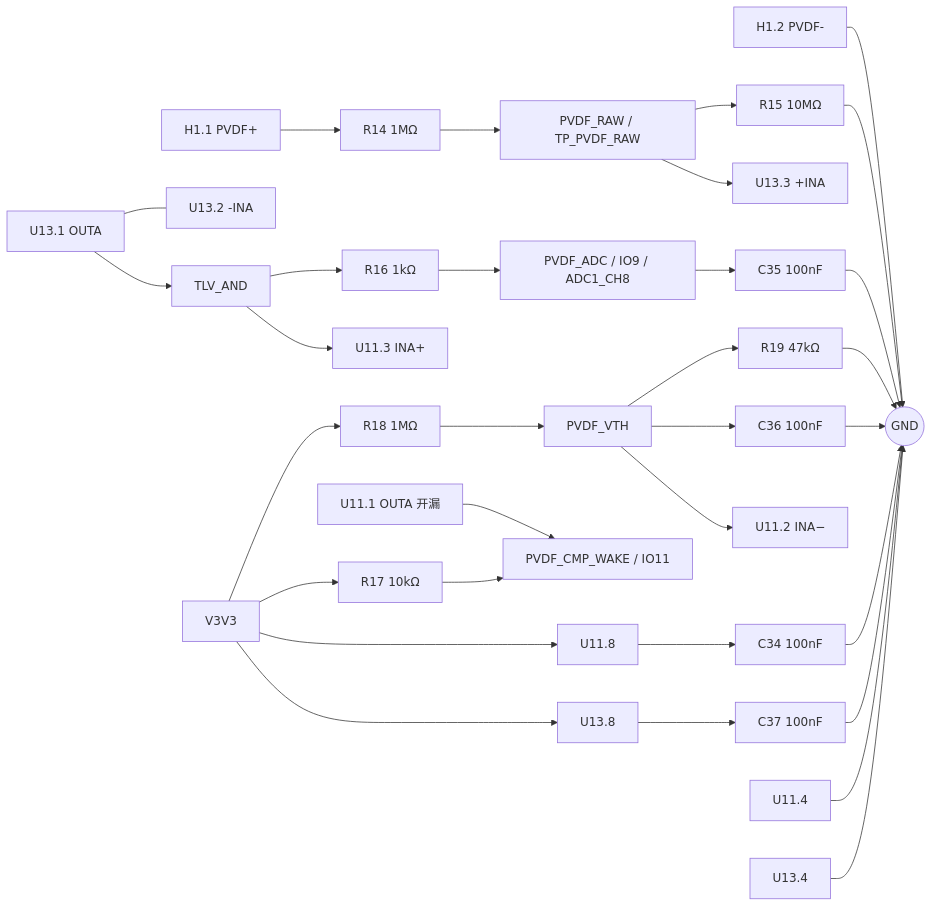
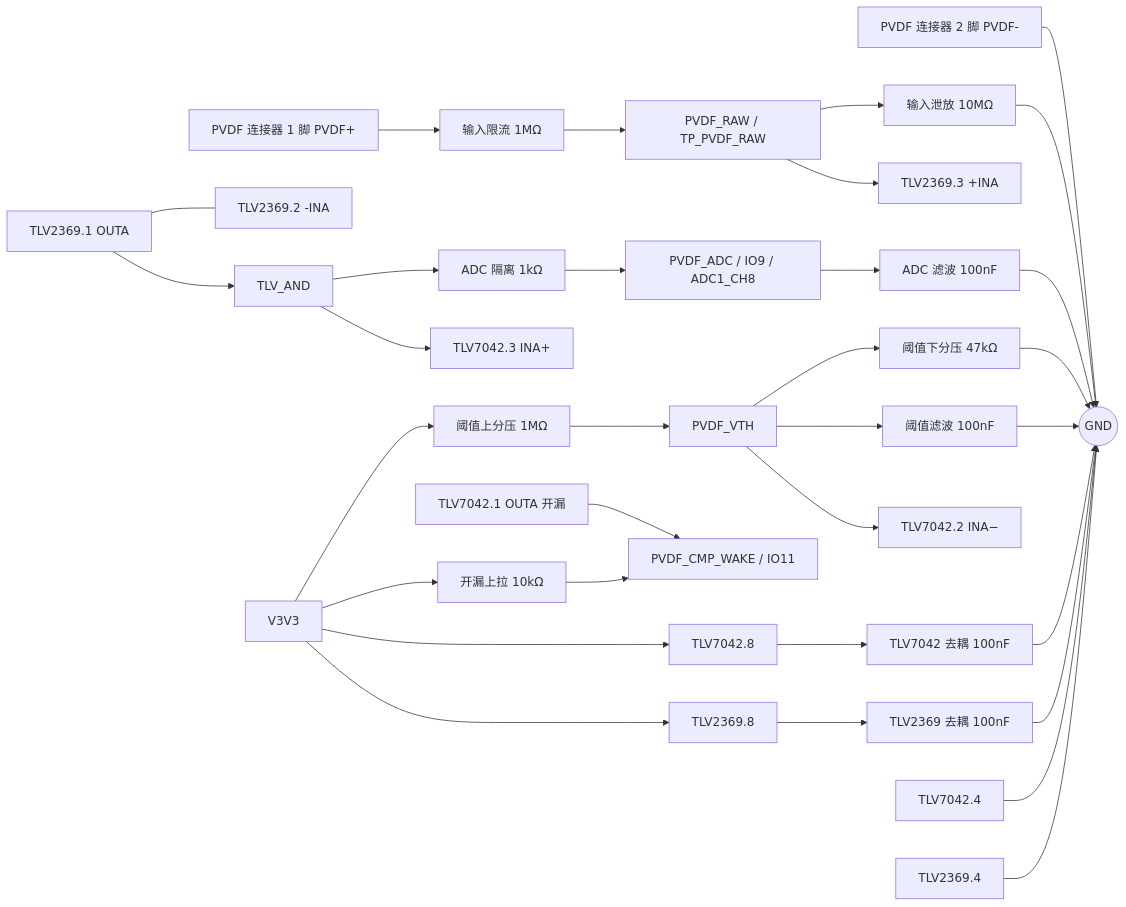
One commit to zhanghongchen1213/Electronic_Wooden_Fish changed the diagram in docs/hardware/外围电路设计/TLV7042DGKR与TLV2369IDGKR-PVDF前端设计与接线.md. Above: the diagram before and after it, drawn with Mermaid. The commit also changed other lines of this file and 28 other files, not shown here.

````diff
--- a/docs/hardware/外围电路设计/TLV7042DGKR与TLV2369IDGKR-PVDF前端设计与接线.md
+++ b/docs/hardware/外围电路设计/TLV7042DGKR与TLV2369IDGKR-PVDF前端设计与接线.md
@@ -29,26 +28,26 @@
 ```mermaid
 flowchart LR
-  H1[H1.1 PVDF+] --> R14[R14 1MΩ]
-  R14 --> RAW[PVDF_RAW / TP_PVDF_RAW]
-  H1N[H1.2 PVDF-] --> GND((GND))
-  RAW --> R15[R15 10MΩ] --> GND
-  RAW --> U13P[U13.3 +INA]
-  U13O[U13.1 OUTA] --- U13N[U13.2 -INA]
-  U13O --> AND[TLV_AND]
-  AND --> R16[R16 1kΩ]
-  R16 --> ADC[PVDF_ADC / IO9 / ADC1_CH8]
-  ADC --> C35[C35 100nF] --> GND
-  AND --> U11P[U11.3 INA+]
-  V3V3[V3V3] --> R18[R18 1MΩ] --> VTH[PVDF_VTH]
-  VTH --> R19[R19 47kΩ] --> GND
-  VTH --> C36[C36 100nF] --> GND
-  VTH --> U11N[U11.2 INA−]
-  U11O[U11.1 OUTA 开漏] --> CMP[PVDF_CMP_WAKE / IO11]
-  V3V3 --> R17[R17 10kΩ] --> CMP
-  V3V3 --> U11V[U11.8]
-  V3V3 --> U13V[U13.8]
-  U11V --> C34[C34 100nF] --> GND
-  U13V --> C37[C37 100nF] --> GND
-  U11G[U11.4] --> GND
-  U13G[U13.4] --> GND
+  HDR[PVDF 连接器 1 脚 PVDF+] --> RSER[输入限流 1MΩ]
+  RSER --> RAW[PVDF_RAW / TP_PVDF_RAW]
+  HDRN[PVDF 连接器 2 脚 PVDF-] --> GND((GND))
+  RAW --> RBIAS[输入泄放 10MΩ] --> GND
+  RAW --> BUFINP[TLV2369.3 +INA]
+  BUFOUT[TLV2369.1 OUTA] --- BUFINN[TLV2369.2 -INA]
+  BUFOUT --> AND[TLV_AND]
+  AND --> RADC[ADC 隔离 1kΩ]
+  RADC --> ADC[PVDF_ADC / IO9 / ADC1_CH8]
+  ADC --> CADC[ADC 滤波 100nF] --> GND
+  AND --> CMPINP[TLV7042.3 INA+]
+  V3V3[V3V3] --> RTH[阈值上分压 1MΩ] --> VTH[PVDF_VTH]
+  VTH --> RTHB[阈值下分压 47kΩ] --> GND
+  VTH --> CTH[阈值滤波 100nF] --> GND
+  VTH --> CMPINN[TLV7042.2 INA−]
+  CMPOUT[TLV7042.1 OUTA 开漏] --> CMP[PVDF_CMP_WAKE / IO11]
+  V3V3 --> RPU[开漏上拉 10kΩ] --> CMP
+  V3V3 --> CMPV[TLV7042.8]
+  V3V3 --> BUFV[TLV2369.8]
+  CMPV --> CDEC1[TLV7042 去耦 100nF] --> GND
+  BUFV --> CDEC2[TLV2369 去耦 100nF] --> GND
+  CMPG[TLV7042.4] --> GND
+  BUFG[TLV2369.4] --> GND
 ```
````
